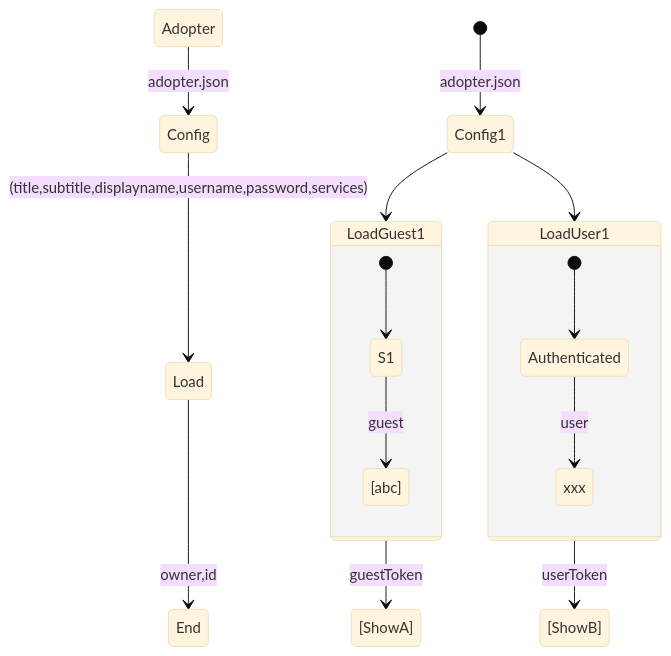
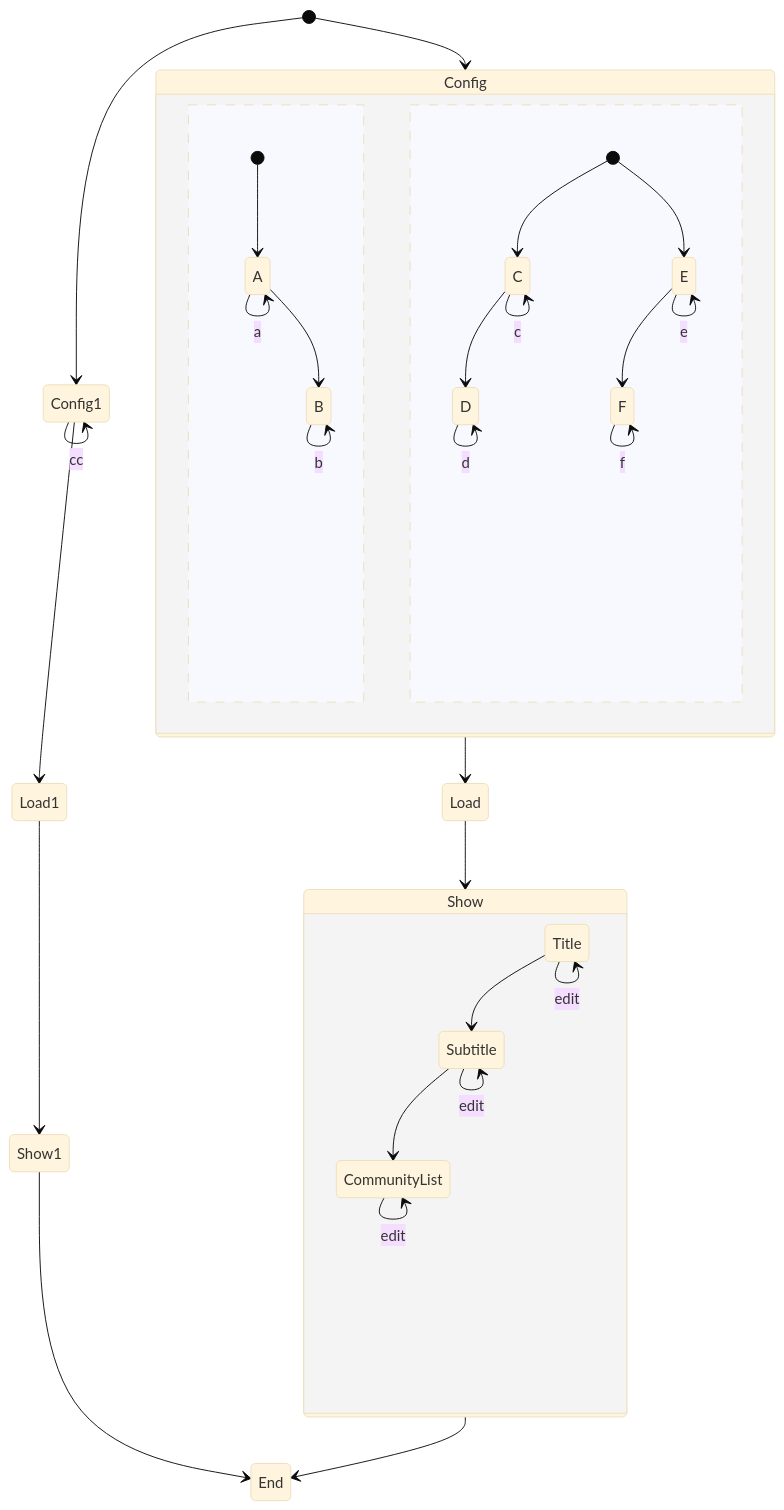
One commit to Wilfongjt/lb-A changed the first of 5 diagrams in README.md. Above: the diagram before and after it, drawn with Mermaid. The commit also changed other lines of this file, not shown here.

````diff
--- a/README.md
+++ b/README.md
@@ -5,29 +5,54 @@
 ```mermaid
 %%{init: {'securityLevel': 'loose', 'theme':'base'}}%%
 stateDiagram
  
 
  
     
+    state Config {
+        [*] --> A 
+    A --> B 
     
-    state LoadGuest1 {
-        [*] --> S1
-        S1 --> [abc] : guest
+    --
 
+
+    [*] --> C 
+    C --> D 
+    
+    [*] --> E 
+    E --> F 
     }
-    state LoadUser1 {
-       
-        [*] --> Authenticated
-        Authenticated --> xxx : user
+    
+    state Show {
+        Title --> Subtitle 
+    Subtitle --> CommunityList 
     }
  
-    Adopter --> Config : adopter.json
-    Config --> Load : (title,subtitle,displayname,username,password,services)
-    Load --> End : owner,id
+    [*] --> Config 
+    Config --> Load 
+    Load --> Show 
+    Show --> End 
  
-    [*] --> Config1 : adopter.json
-    Config1 --> LoadGuest1 
-    Config1 --> LoadUser1
-    LoadGuest1 --> [ShowA] : guestToken
-    LoadUser1 --> [ShowB] : userToken
+    [*] --> Config1 
+    Config1 --> Load1 
+    Load1 --> Show1 
+    Show1 --> End 
+
+Config1 --> Config1 : cc
+
+A --> A : a
+B --> B : b
+
+
+C --> C : c
+D --> D : d
+
+E --> E : e
+F --> F : f
+
+
+Title --> Title : edit
+Subtitle --> Subtitle : edit
+CommunityList --> CommunityList : edit
+    
 ```
````
